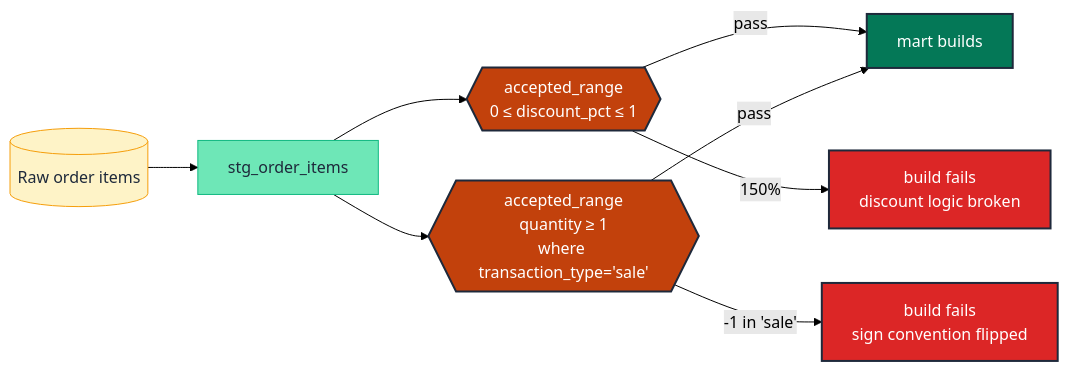
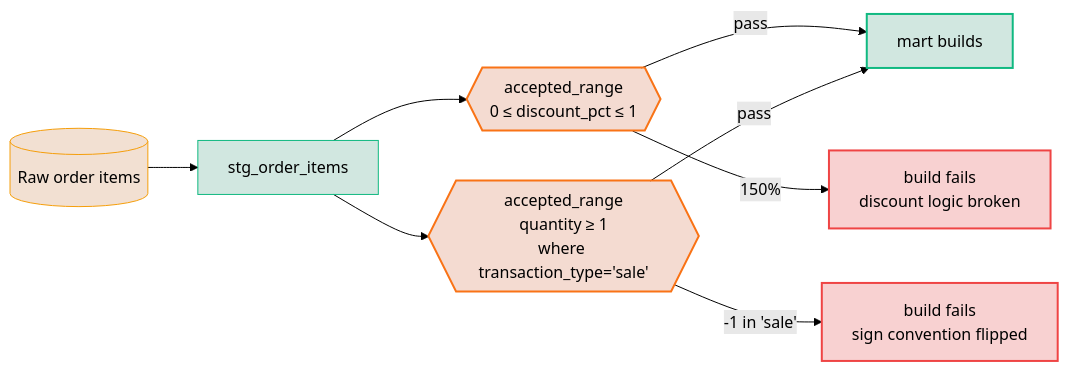
The diagram in docs/guides/testing_taxonomy/measure/MS-01-numeric-range.md (neozenith/dbt-gcp-jaffleshop), drawn with Mermaid (forest theme) before and after one commit. The commit also changed 36 other files, not shown here.

First line of the commit message:
docs(taxonomy): rework guide entry-point + WCAG-AAA dual-theme mermaid palette (#19)

````diff
--- a/docs/guides/testing_taxonomy/measure/MS-01-numeric-range.md
+++ b/docs/guides/testing_taxonomy/measure/MS-01-numeric-range.md
@@ -99,17 +99,17 @@
 ```mermaid
 flowchart LR
     src[("Raw order items")]:::source --> stg["stg_order_items"]:::measureSecondary
     stg --> range{{"accepted_range<br/>0 ≤ discount_pct ≤ 1"}}:::gate
     stg --> bound{{"accepted_range<br/>quantity ≥ 1<br/>where transaction_type='sale'"}}:::gate
 
     range -- pass --> ok["mart builds"]:::ok
     bound -- pass --> ok
     range -- "150%" --> fail1["build fails<br/>discount logic broken"]:::fail
     bound -- "-1 in 'sale'" --> fail2["build fails<br/>sign convention flipped"]:::fail
 
-    classDef source           fill:#fef3c7,stroke:#f59e0b,color:#1e293b,stroke-width:1px
-    classDef measureSecondary fill:#6ee7b7,stroke:#10b981,color:#1e293b,stroke-width:1px
-    classDef gate             fill:#c2410c,stroke:#1e293b,color:#fff,stroke-width:2px
-    classDef ok               fill:#047857,stroke:#1e293b,color:#fff,stroke-width:2px
-    classDef fail             fill:#dc2626,stroke:#1e293b,color:#fff,stroke-width:2px
+    classDef source fill:#b453092e,stroke:#f59e0b,stroke-width:1px
+    classDef measureSecondary fill:#0478572e,stroke:#10b981,stroke-width:1px
+    classDef gate fill:#c2410c30,stroke:#f97316,stroke-width:2px
+    classDef ok fill:#0478572e,stroke:#10b981,stroke-width:2px
+    classDef fail fill:#dc262636,stroke:#ef4444,stroke-width:2px
 ```
````
